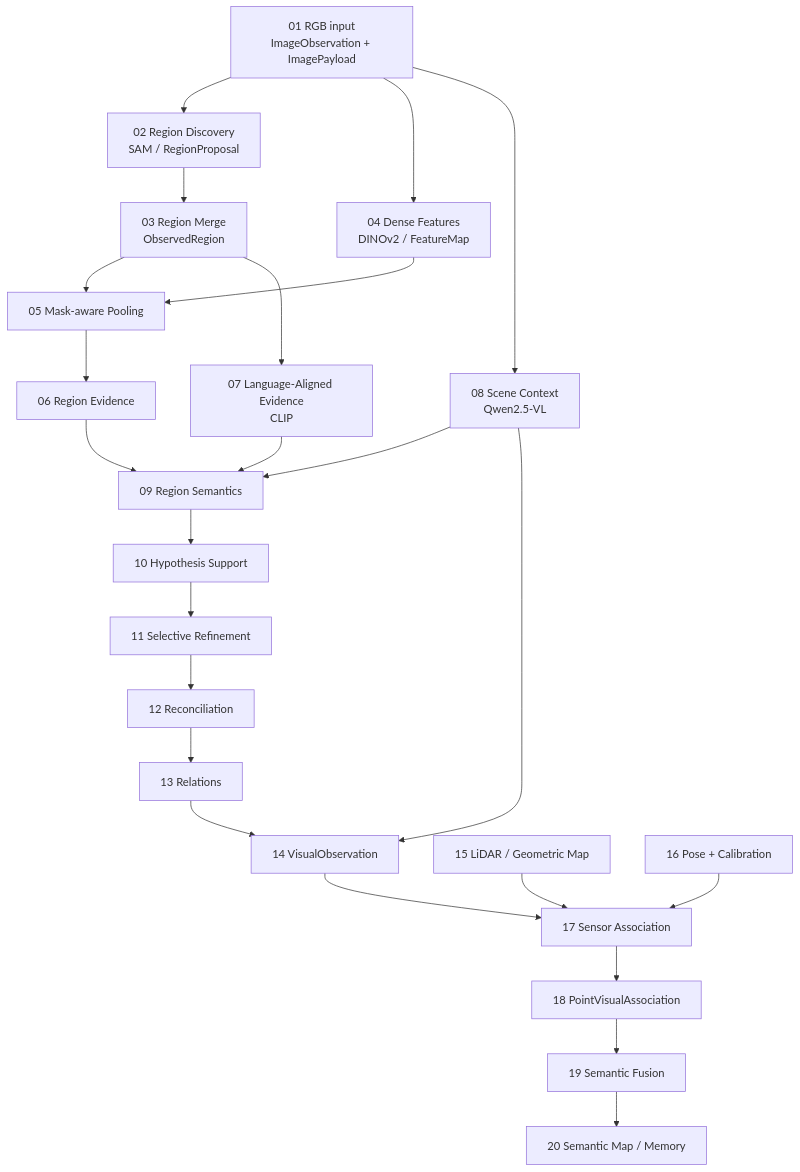
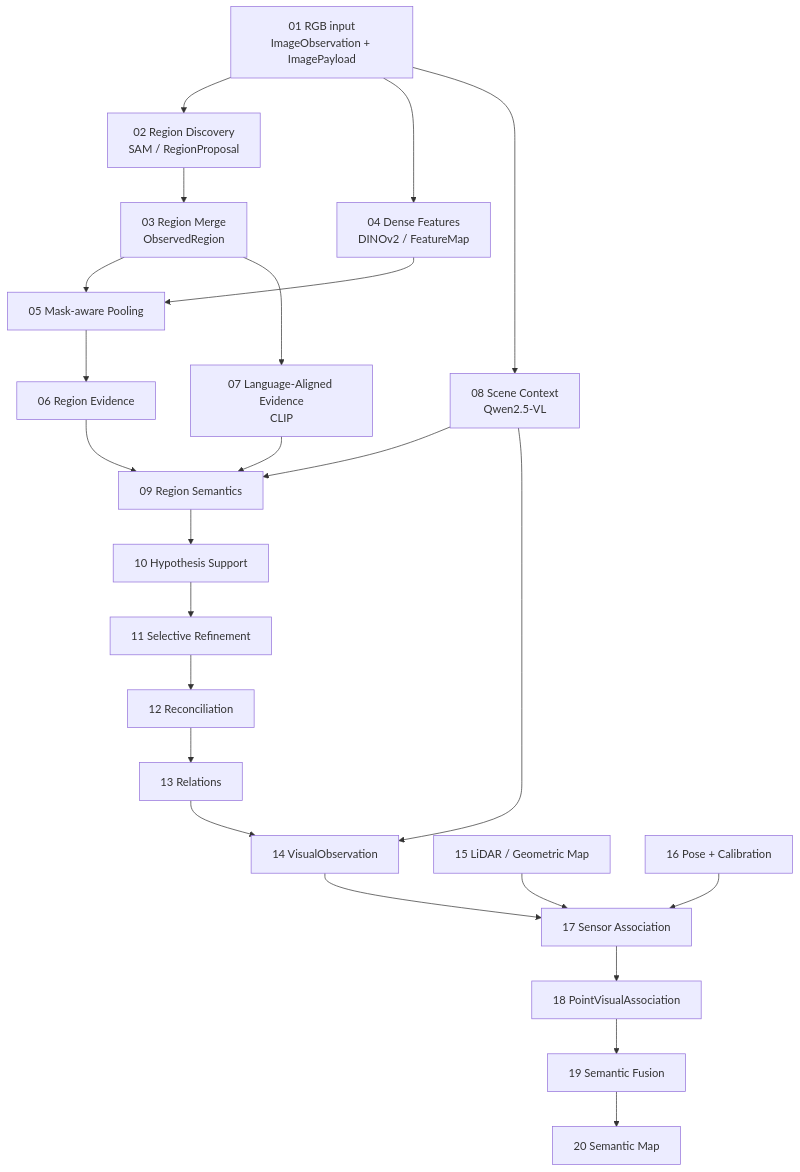
Before and after one commit to Alexandre-Tortoza/contextual-3d-mapping: the diagram in docs/README.md, drawn with Mermaid. The commit also changed other lines of this file, not shown here.

Commit message:
docs: link complete system flow from end-to-end index

````diff
--- a/docs/README.md
+++ b/docs/README.md
@@ -87,28 +91,28 @@
 ```mermaid
 flowchart TD
     RGB["01 RGB input<br/>ImageObservation + ImagePayload"]
     RGB --> RD["02 Region Discovery<br/>SAM / RegionProposal"]
     RD --> RM["03 Region Merge<br/>ObservedRegion"]
     RGB --> DF["04 Dense Features<br/>DINOv2 / FeatureMap"]
     RM --> POOL["05 Mask-aware Pooling"]
     DF --> POOL
     POOL --> RE["06 Region Evidence"]
     RM --> LA["07 Language-Aligned Evidence<br/>CLIP"]
     RGB --> SC["08 Scene Context<br/>Qwen2.5-VL"]
     RE --> SEM["09 Region Semantics"]
     LA --> SEM
     SC --> SEM
     SEM --> HS["10 Hypothesis Support"]
     HS --> REF["11 Selective Refinement"]
     REF --> REC["12 Reconciliation"]
     REC --> REL["13 Relations"]
     SC --> VO["14 VisualObservation"]
     REL --> VO
 
     LIDAR["15 LiDAR / Geometric Map"] --> SA["17 Sensor Association"]
     PC["16 Pose + Calibration"] --> SA
     VO --> SA
     SA --> PVA["18 PointVisualAssociation"]
     PVA --> SF["19 Semantic Fusion"]
-    SF --> SM["20 Semantic Map / Memory"]
+    SF --> SM["20 Semantic Map"]
 ```
````
